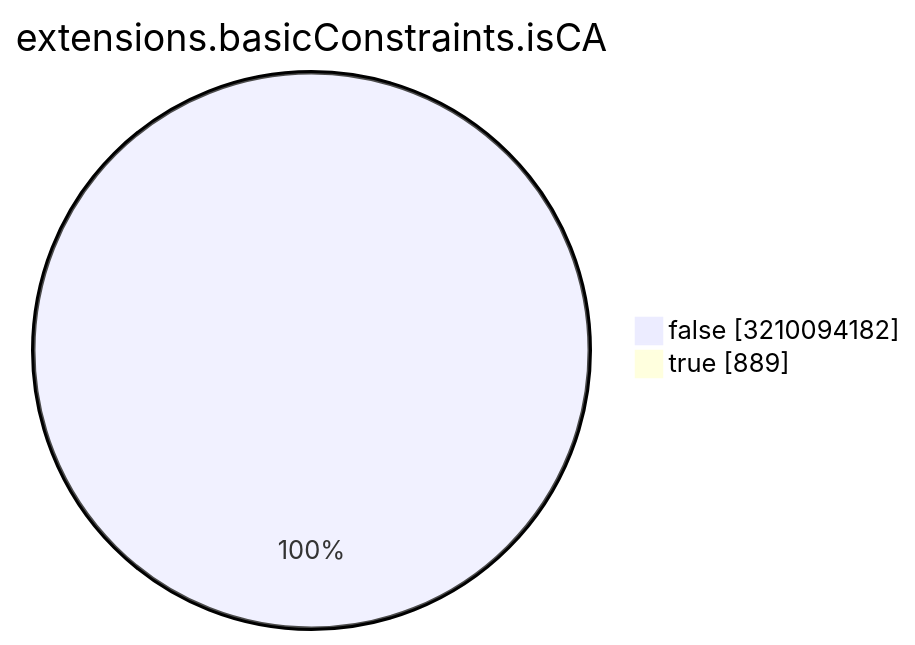
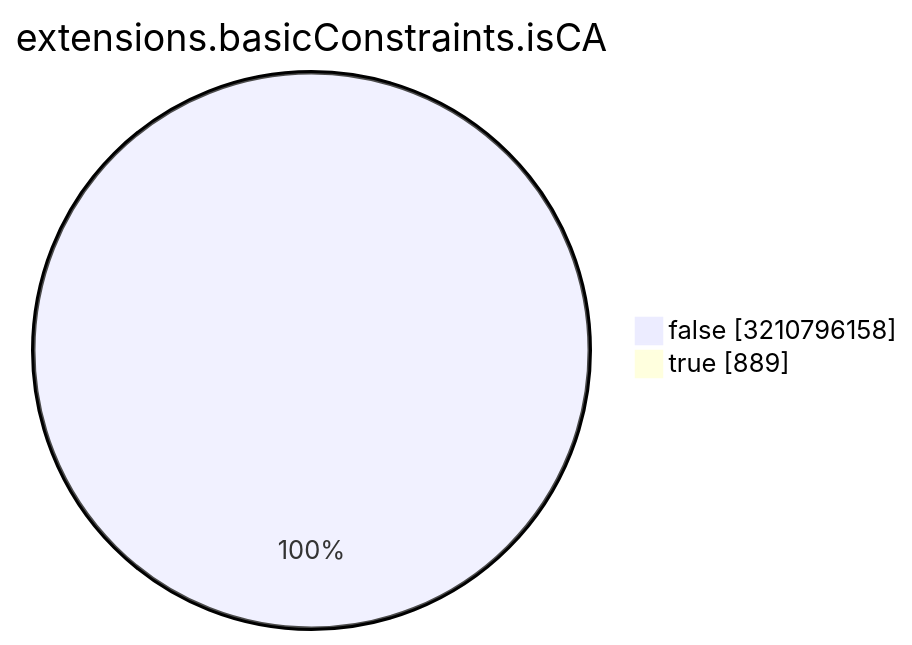
The seventh of 15 diagrams in TOTAL/README.md (christiankrug/ctmonitor_visualization), drawn with Mermaid before and after one commit. The commit also changed other lines of this file, not shown here.

````diff
--- a/TOTAL/README.md
+++ b/TOTAL/README.md
@@ -3088,6 +3088,6 @@
 ```mermaid
 pie showData
 title extensions.basicConstraints.isCA
-"false" :3210094182
+"false" :3210796158
 "true" :889
 ```
````
